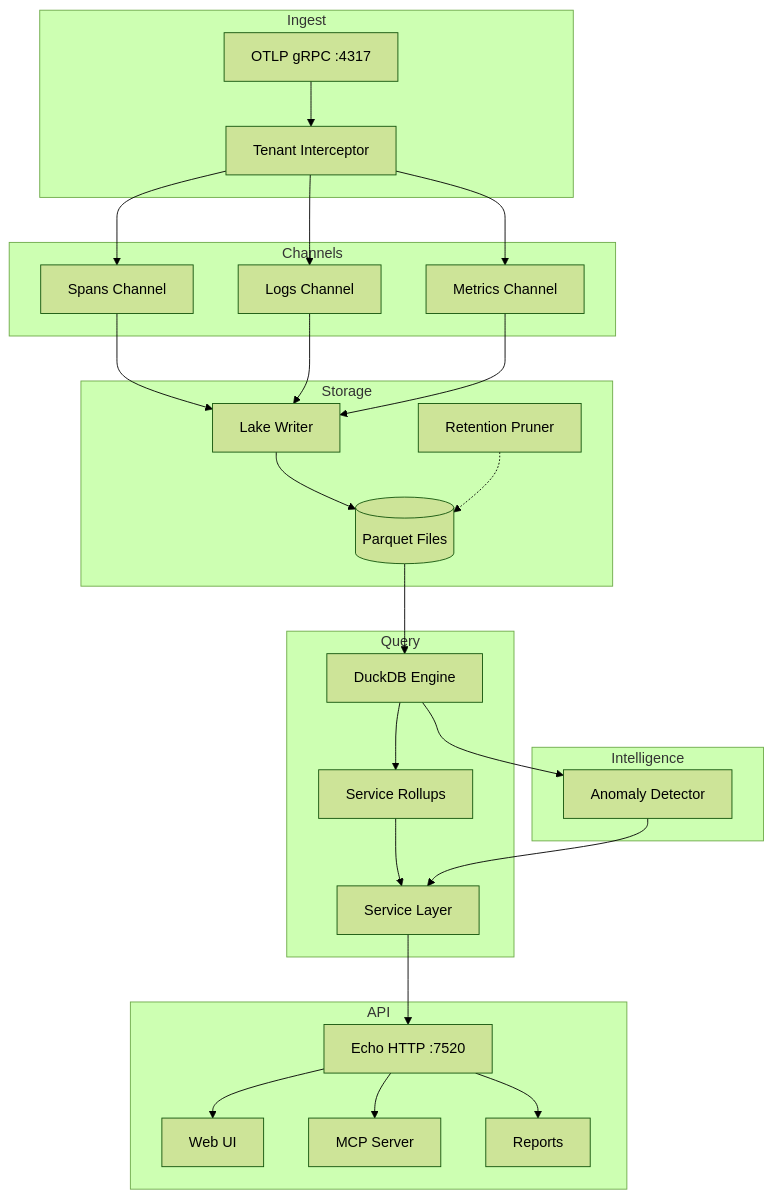
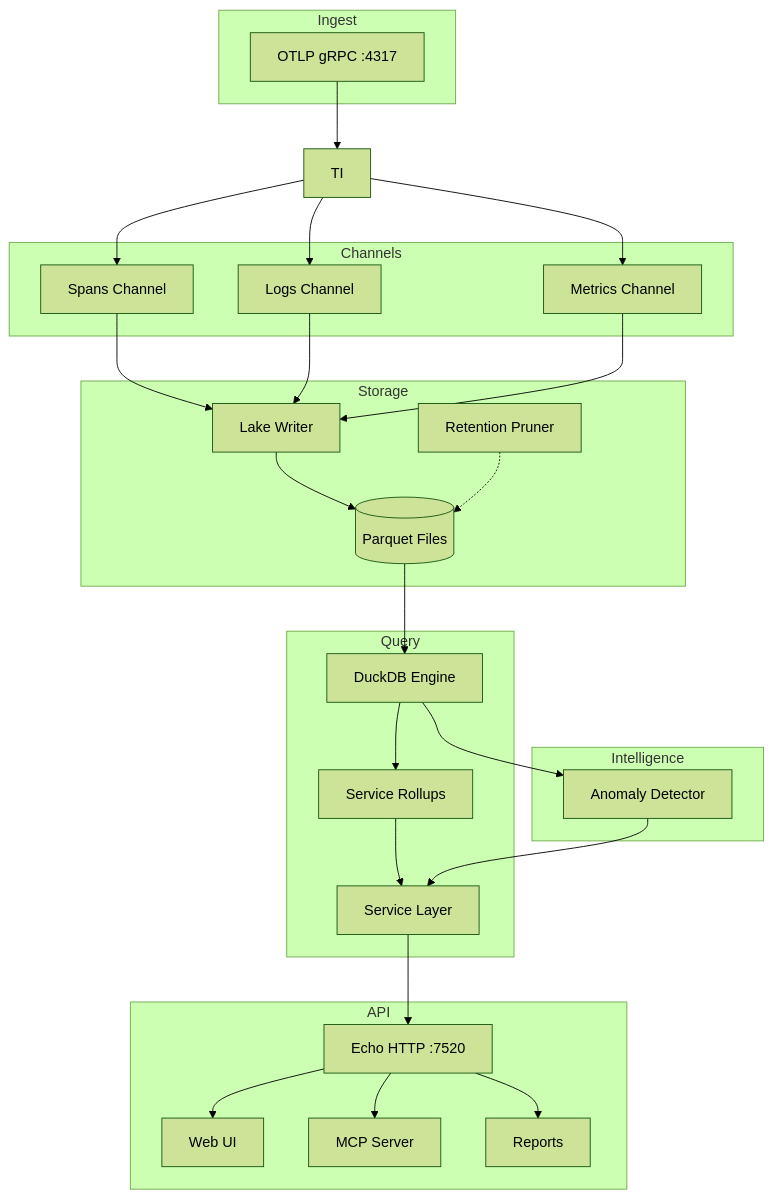
The first of 10 diagrams in ARCHITECTURE.md (labstack/fanout), drawn with Mermaid (forest theme) before and after one commit. The commit also changed other lines of this file and 2 other files, not shown here.

First line of the commit message:
docs: sweep tenant references from top-level docs

````diff
--- a/ARCHITECTURE.md
+++ b/ARCHITECTURE.md
@@ -7,49 +7,48 @@
 ```mermaid
 graph TB
     subgraph Ingest
         OTLP[OTLP gRPC :4317]
-        TI[Tenant Interceptor]
     end
 
     subgraph Channels
         CS[Spans Channel]
         CL[Logs Channel]
         CM[Metrics Channel]
     end
 
     subgraph Storage
         LW[Lake Writer]
         PQ[(Parquet Files)]
         PR[Retention Pruner]
     end
 
     subgraph Query
         DK[DuckDB Engine]
         RL[Service Rollups]
         SVC[Service Layer]
     end
 
     subgraph Intelligence
         AD[Anomaly Detector]
     end
 
     subgraph API
         HTTP[Echo HTTP :7520]
         UI[Web UI]
         MCP[MCP Server]
         RPT[Reports]
     end
 
     OTLP --> TI
     TI --> CS & CL & CM
     CS & CL & CM --> LW
     LW --> PQ
     PR -.-> PQ
     PQ --> DK
     DK --> RL
     DK --> AD
     RL --> SVC
     AD --> SVC
     SVC --> HTTP
     HTTP --> UI & MCP & RPT
 ```
````
